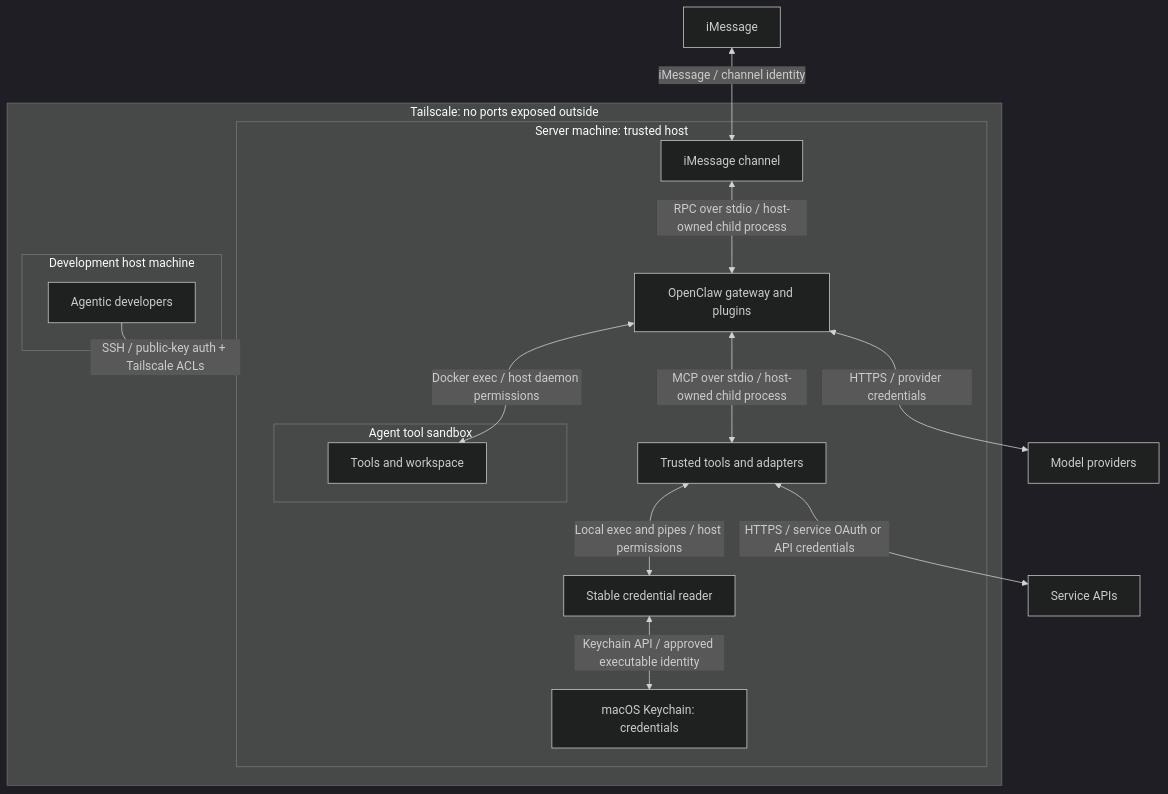
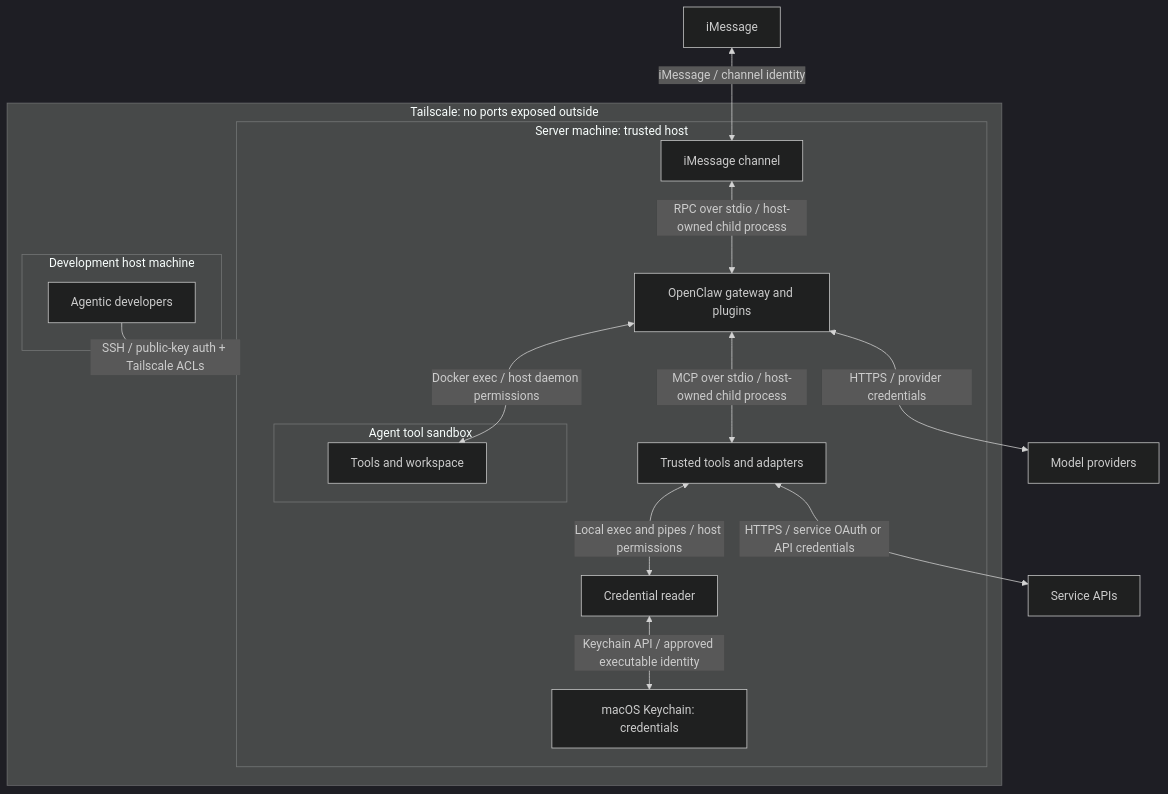
One commit to coletaylor788/puddles changed the first of 5 diagrams in docs/openclaw-setup/security-architecture.md. Above: the diagram before and after it, drawn with Mermaid (dark theme). The commit also changed other lines of this file and 4 other files, not shown here.

Commit message:
docs: align design and review with security architecture

````diff
--- a/docs/openclaw-setup/security-architecture.md
+++ b/docs/openclaw-setup/security-architecture.md
@@ -16,32 +20,32 @@
 ```mermaid
 flowchart TB
     Sender["iMessage"]
     APIs["Service APIs"]
     Models["Model providers"]
 
     subgraph Tailnet["Tailscale: no ports exposed outside"]
         subgraph DevMachine["Development host machine"]
             Developers["Agentic developers"]
         end
         subgraph Host["Server machine: trusted host"]
             Channel["iMessage channel"]
             Gateway["OpenClaw gateway and plugins"]
             Services["Trusted tools and adapters"]
-            CredentialReader["Stable credential reader"]
+            CredentialReader["Credential reader"]
             Keychain["macOS Keychain: credentials"]
             subgraph Sandbox["Agent tool sandbox"]
                 Tools["Tools and workspace"]
             end
         end
     end
 
     Developers -->|"SSH / public-key auth + Tailscale ACLs"| Host
     Sender <-->|"iMessage / channel identity"| Channel
     Channel <-->|"RPC over stdio / host-owned child process"| Gateway
     Gateway <-->|"Docker exec / host daemon permissions"| Tools
     Gateway <-->|"MCP over stdio / host-owned child process"| Services
     Services <-->|"Local exec and pipes / host permissions"| CredentialReader
     CredentialReader <-->|"Keychain API / approved executable identity"| Keychain
     Services <-->|"HTTPS / service OAuth or API credentials"| APIs
     Gateway <-->|"HTTPS / provider credentials"| Models
 ```
````
